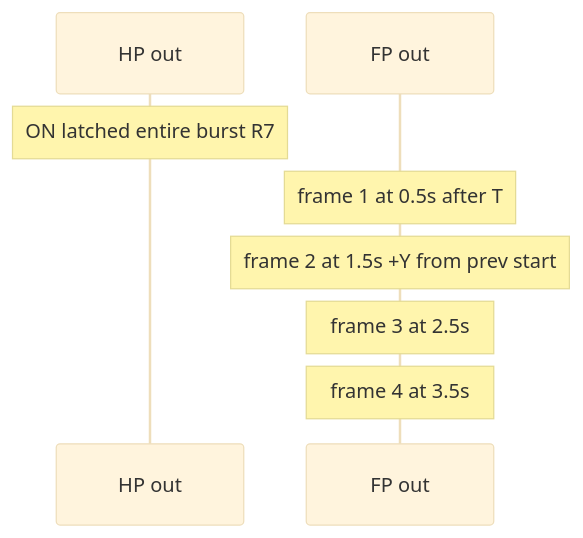
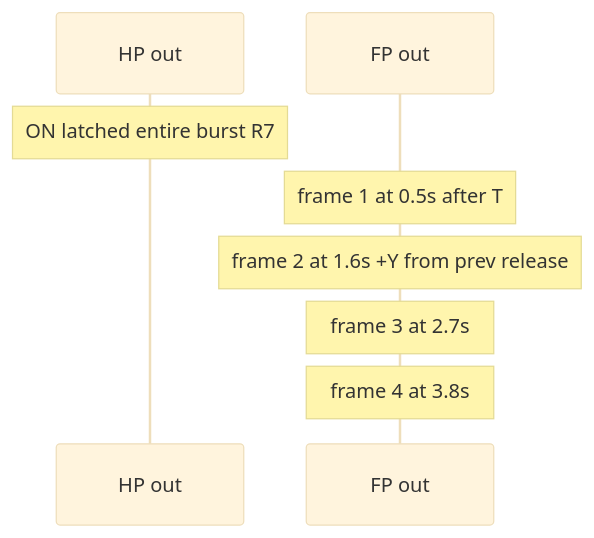
One commit to intvenlab/camptraptions_timing changed the fifth of 7 diagrams in docs/diagrams/timing-sequences.md. Above: the diagram before and after it, drawn with Mermaid (base theme). The commit also changed other lines of this file and 264 other files, not shown here.

````diff
--- a/docs/diagrams/timing-sequences.md
+++ b/docs/diagrams/timing-sequences.md
@@ -188,11 +188,11 @@
 ```mermaid
 sequenceDiagram
     participant HPo as HP out
     participant FPo as FP out
 
     Note over HPo: ON latched entire burst R7
     Note over FPo: frame 1 at 0.5s after T
-    Note over FPo: frame 2 at 1.5s +Y from prev start
-    Note over FPo: frame 3 at 2.5s
-    Note over FPo: frame 4 at 3.5s
+    Note over FPo: frame 2 at 1.6s +Y from prev release
+    Note over FPo: frame 3 at 2.7s
+    Note over FPo: frame 4 at 3.8s
 ```
````
